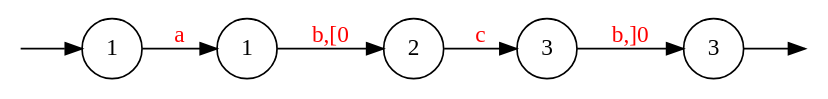
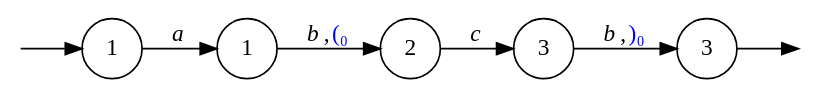
The diagram in text/graphs/graph1_path3.dot (0Marble/lgraphs), drawn with Graphviz before and after one commit. The commit also changed 36 other files, not shown here.

```diff
--- a/text/graphs/graph1_path3.dot
+++ b/text/graphs/graph1_path3.dot
@@ -1,19 +1,18 @@
 digraph {
 	node [shape=circle];
 	Q0 [style=invisible, height=0, width=0, fixedsize=true];
 	Q1 [style=invisible, height=0, width=0, fixedsize=true];
 	graph [rankdir="LR"];
 	4 [label=3];
 	3 [label=3];
 	0 [label=1];
 	1 [label=1];
 	2 [label=2];
 
 	Q0 -> 0;
-
 	4 -> Q1;
-	0 -> 1  [label="a", fontcolor=red];
-	2 -> 3  [label="c", fontcolor=red];
-	1 -> 2  [label="b,[0", fontcolor=red];
-	3 -> 4  [label="b,]0", fontcolor=red];
+	0 -> 1  [label=<<i>a</i>> ];
+	2 -> 3  [label=<<i>c</i>> ];
+	1 -> 2  [label=<<i>b</i>,<FONT COLOR="blue">(₀</FONT>> ];
+	3 -> 4  [label=<<i>b</i>,<FONT COLOR="blue">)₀</FONT>> ];
 }
```
